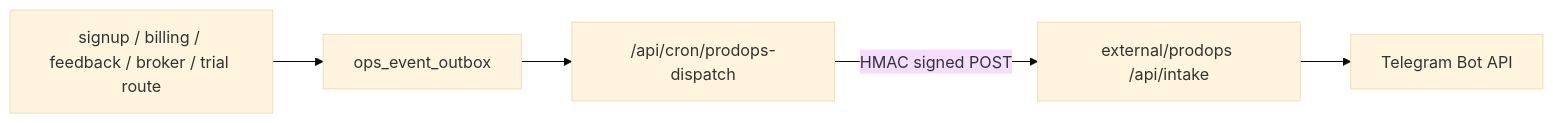
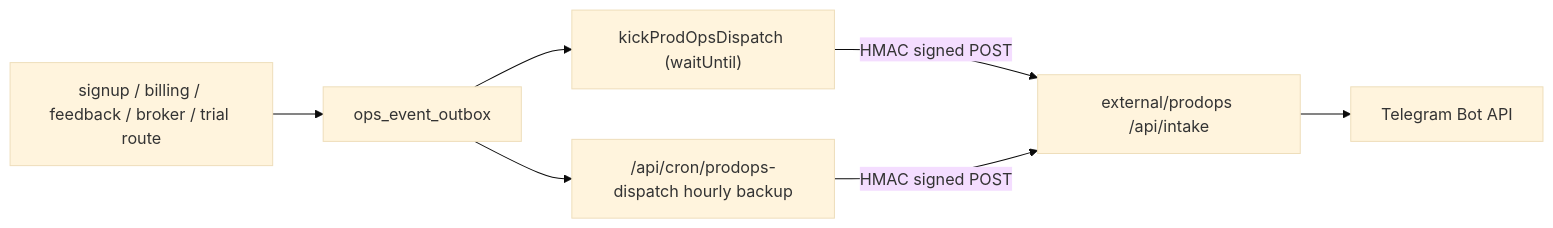
The first of 4 diagrams in knowledge/design-docs/trefolio-prodops-integration.md (kyberis/stocktracker), drawn with Mermaid (base theme) before and after one commit. The commit also changed 40 other files, not shown here.

First line of the commit message:
Cut redundant Yahoo cron fetches and drain ops queues on write.

````diff
--- a/knowledge/design-docs/trefolio-prodops-integration.md
+++ b/knowledge/design-docs/trefolio-prodops-integration.md
@@ -59,7 +59,9 @@
 ```mermaid
 flowchart LR
   businessRoute["signup / billing / feedback / broker / trial route"] --> outbox["ops_event_outbox"]
-  outbox --> cronDispatcher["/api/cron/prodops-dispatch"]
-  cronDispatcher -->|"HMAC signed POST"| prodops["external/prodops /api/intake"]
+  outbox --> kick["kickProdOpsDispatch (waitUntil)"]
+  outbox --> cronDispatcher["/api/cron/prodops-dispatch hourly backup"]
+  kick -->|"HMAC signed POST"| prodops["external/prodops /api/intake"]
+  cronDispatcher -->|"HMAC signed POST"| prodops
   prodops --> telegram["Telegram Bot API"]
 ```
````
